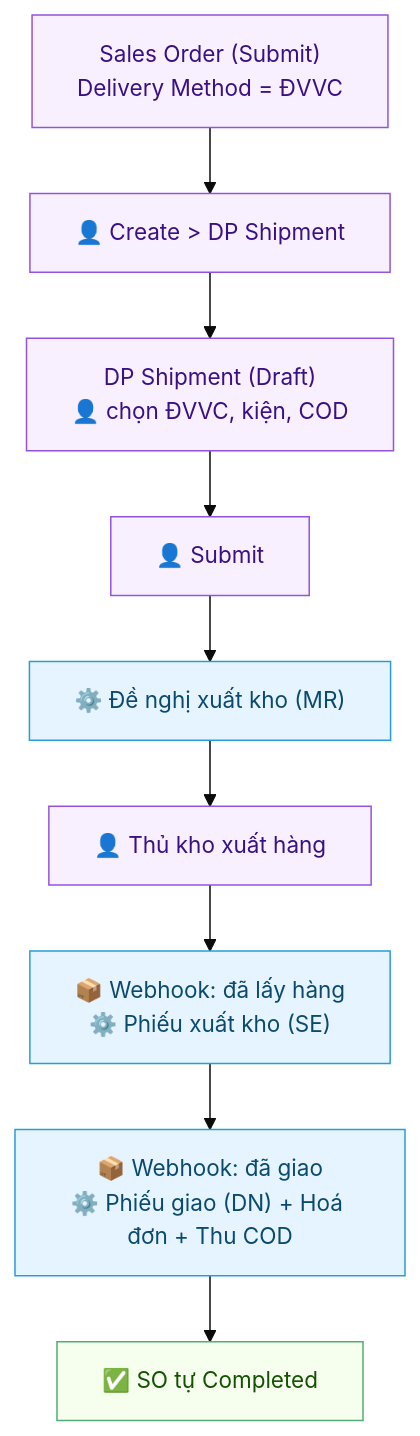
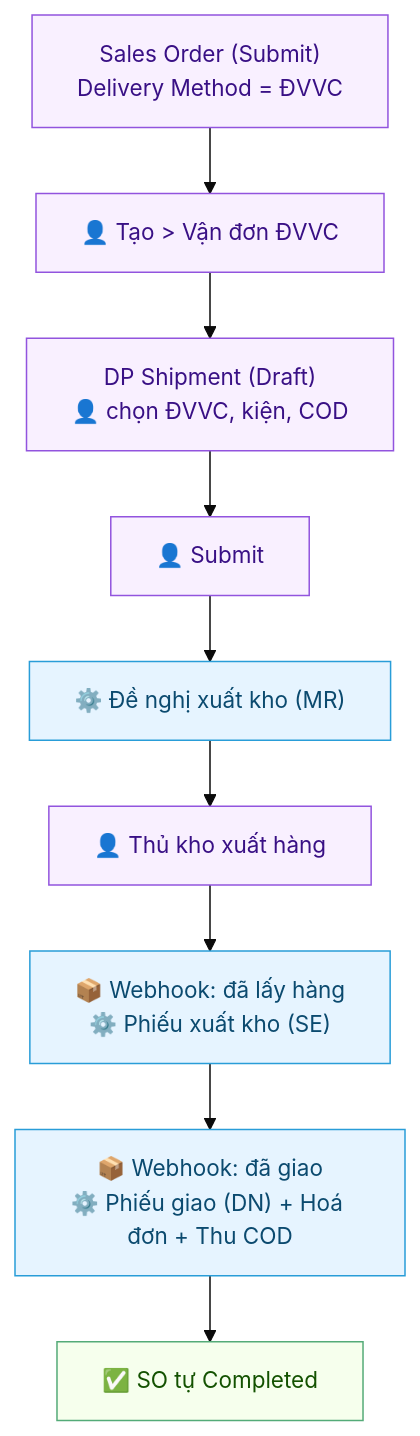
The first of 2 diagrams in users/Delivery_Partner_Extension.md (CobeGroup/cobe_erp_documents), drawn with Mermaid before and after one commit. The commit also changed other lines of this file and 5 other files, not shown here.

````diff
--- a/users/Delivery_Partner_Extension.md
+++ b/users/Delivery_Partner_Extension.md
@@ -22,20 +22,20 @@
 ```mermaid
 %%{init: {'theme':'base','themeVariables':{'fontSize':'15px'},'flowchart':{'nodeSpacing':40,'rankSpacing':44}}}%%
 flowchart TD
   classDef u fill:#f9f0ff,stroke:#9254de,color:#391085;
   classDef a fill:#e6f4ff,stroke:#299dd8,color:#0b4a6f;
   classDef g fill:#f6ffed,stroke:#54ab78,color:#135200;
 
-  SO["Sales Order (Submit)<br/>Delivery Method = ĐVVC"] --> CR["👤 Create > DP Shipment"]
+  SO["Sales Order (Submit)<br/>Delivery Method = ĐVVC"] --> CR["👤 Tạo > Vận đơn ĐVVC"]
   CR --> DS["DP Shipment (Draft)<br/>👤 chọn ĐVVC, kiện, COD"]
   DS --> SUB["👤 Submit"]
   SUB --> MR["⚙️ Đề nghị xuất kho (MR)"]
   MR --> WH["👤 Thủ kho xuất hàng"]
   WH --> PU["📦 Webhook: đã lấy hàng<br/>⚙️ Phiếu xuất kho (SE)"]
   PU --> DL["📦 Webhook: đã giao<br/>⚙️ Phiếu giao (DN) + Hoá đơn + Thu COD"]
   DL --> DONE["✅ SO tự Completed"]
 
   class SO,CR,DS,SUB,WH u
   class MR,PU,DL a
   class DONE g
 ```
````
